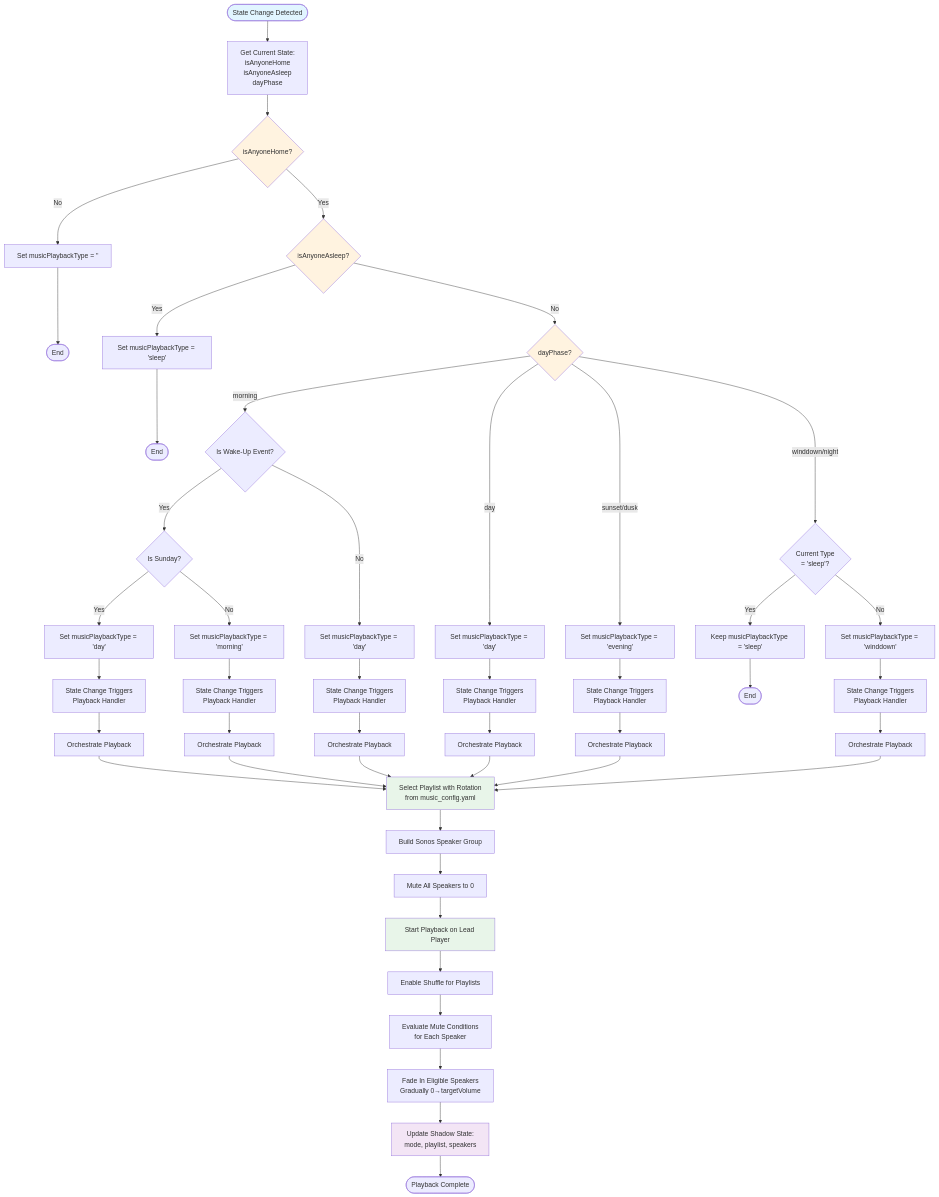
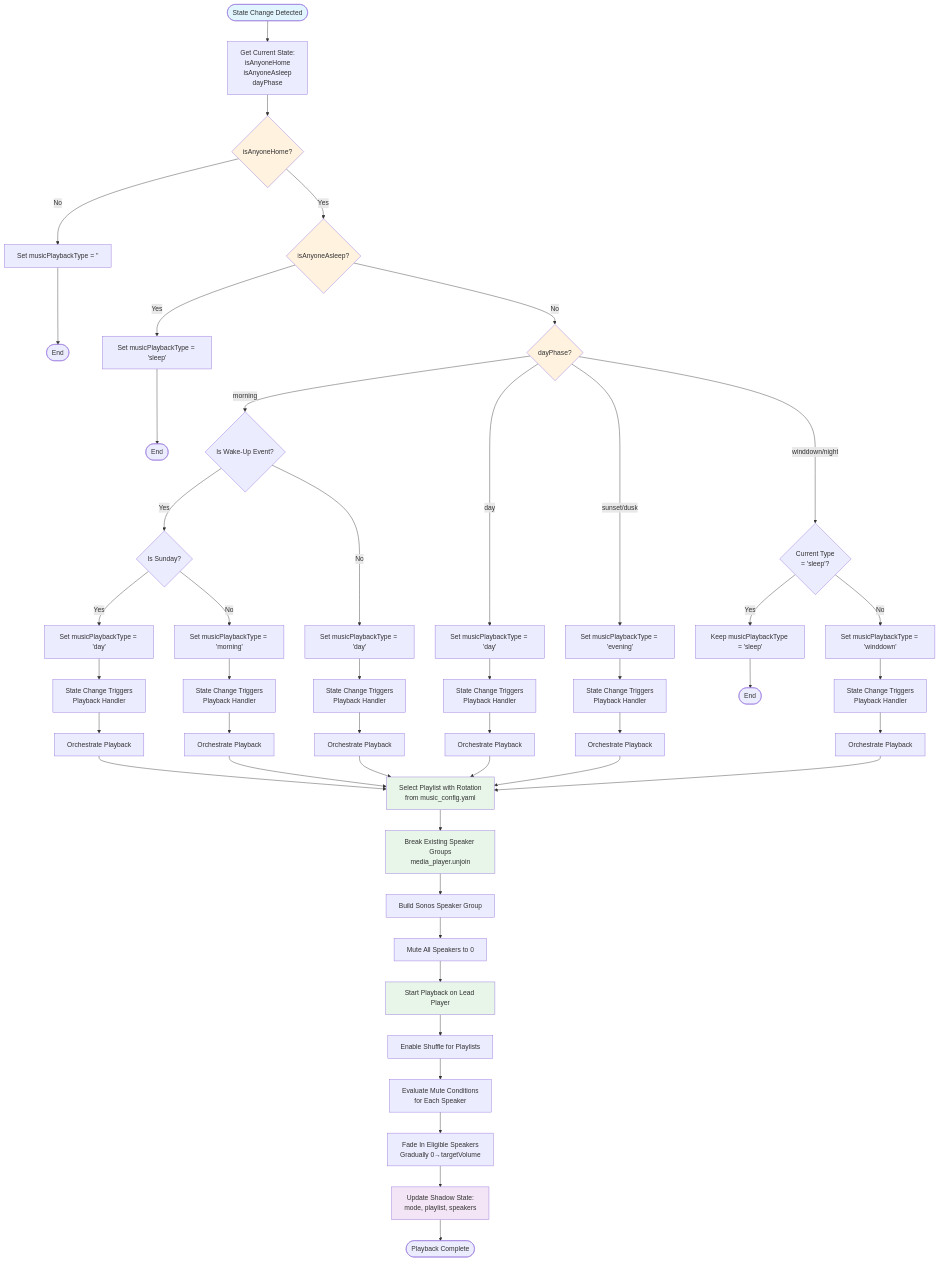
Before and after one commit to NickBorgers/home-automation: diagram 11 of 14 in docs/human/VISUAL_ARCHITECTURE.md, drawn with Mermaid. The commit also changed other lines of this file, not shown here.

First line of the commit message:
docs: add break existing speaker groups step to music flow diagram

````diff
--- a/docs/human/VISUAL_ARCHITECTURE.md
+++ b/docs/human/VISUAL_ARCHITECTURE.md
@@ -621,65 +621,67 @@
 ```mermaid
 flowchart TD
     Start([State Change Detected]) --> GetState[Get Current State:<br/>isAnyoneHome<br/>isAnyoneAsleep<br/>dayPhase]
 
     GetState --> CheckHome{isAnyoneHome?}
     CheckHome -->|No| StopMusic[Set musicPlaybackType = '']
     CheckHome -->|Yes| CheckAsleep{isAnyoneAsleep?}
 
     CheckAsleep -->|Yes| SetSleep[Set musicPlaybackType = 'sleep']
     CheckAsleep -->|No| CheckDayPhase{dayPhase?}
 
     CheckDayPhase -->|morning| CheckWakeUp{Is Wake-Up Event?}
     CheckWakeUp -->|Yes| CheckSunday{Is Sunday?}
     CheckSunday -->|Yes| SetDay1[Set musicPlaybackType = 'day']
     CheckSunday -->|No| SetMorning[Set musicPlaybackType = 'morning']
     CheckWakeUp -->|No| SetDay2[Set musicPlaybackType = 'day']
 
     CheckDayPhase -->|day| SetDay3[Set musicPlaybackType = 'day']
     CheckDayPhase -->|sunset/dusk| SetEvening[Set musicPlaybackType = 'evening']
     CheckDayPhase -->|winddown/night| CheckCurrentSleep{Current Type<br/>= 'sleep'?}
 
     CheckCurrentSleep -->|Yes| KeepSleep[Keep musicPlaybackType = 'sleep']
     CheckCurrentSleep -->|No| SetWinddown[Set musicPlaybackType = 'winddown']
 
     StopMusic --> End1([End])
     SetSleep --> End2([End])
     SetMorning --> TriggerPlayback1
     SetDay1 --> TriggerPlayback2
     SetDay2 --> TriggerPlayback3
     SetDay3 --> TriggerPlayback4
     SetEvening --> TriggerPlayback5
     SetWinddown --> TriggerPlayback6
     KeepSleep --> End3([End])
 
     TriggerPlayback1[State Change Triggers<br/>Playback Handler] --> Orchestrate1
     TriggerPlayback2[State Change Triggers<br/>Playback Handler] --> Orchestrate2
     TriggerPlayback3[State Change Triggers<br/>Playback Handler] --> Orchestrate3
     TriggerPlayback4[State Change Triggers<br/>Playback Handler] --> Orchestrate4
     TriggerPlayback5[State Change Triggers<br/>Playback Handler] --> Orchestrate5
     TriggerPlayback6[State Change Triggers<br/>Playback Handler] --> Orchestrate6
 
     Orchestrate1[Orchestrate Playback] --> SelectPlaylist
     Orchestrate2[Orchestrate Playback] --> SelectPlaylist
     Orchestrate3[Orchestrate Playback] --> SelectPlaylist
     Orchestrate4[Orchestrate Playback] --> SelectPlaylist
     Orchestrate5[Orchestrate Playback] --> SelectPlaylist
     Orchestrate6[Orchestrate Playback] --> SelectPlaylist
 
-    SelectPlaylist[Select Playlist with Rotation<br/>from music_config.yaml] --> BuildGroup[Build Sonos Speaker Group]
+    SelectPlaylist[Select Playlist with Rotation<br/>from music_config.yaml] --> BreakGroups[Break Existing Speaker Groups<br/>media_player.unjoin]
+    BreakGroups --> BuildGroup[Build Sonos Speaker Group]
     BuildGroup --> MuteAll[Mute All Speakers to 0]
     MuteAll --> StartPlayback[Start Playback on Lead Player]
     StartPlayback --> EnableShuffle[Enable Shuffle for Playlists]
     EnableShuffle --> EvalConditions[Evaluate Mute Conditions<br/>for Each Speaker]
     EvalConditions --> FadeIn[Fade In Eligible Speakers<br/>Gradually 0→targetVolume]
     FadeIn --> UpdateShadow[Update Shadow State:<br/>mode, playlist, speakers]
     UpdateShadow --> Complete([Playback Complete])
 
     style Start fill:#e1f5ff
     style CheckHome fill:#fff3e0
     style CheckAsleep fill:#fff3e0
     style CheckDayPhase fill:#fff3e0
     style SelectPlaylist fill:#e8f5e9
+    style BreakGroups fill:#e8f5e9
     style StartPlayback fill:#e8f5e9
     style UpdateShadow fill:#f3e5f5
 ```
````
